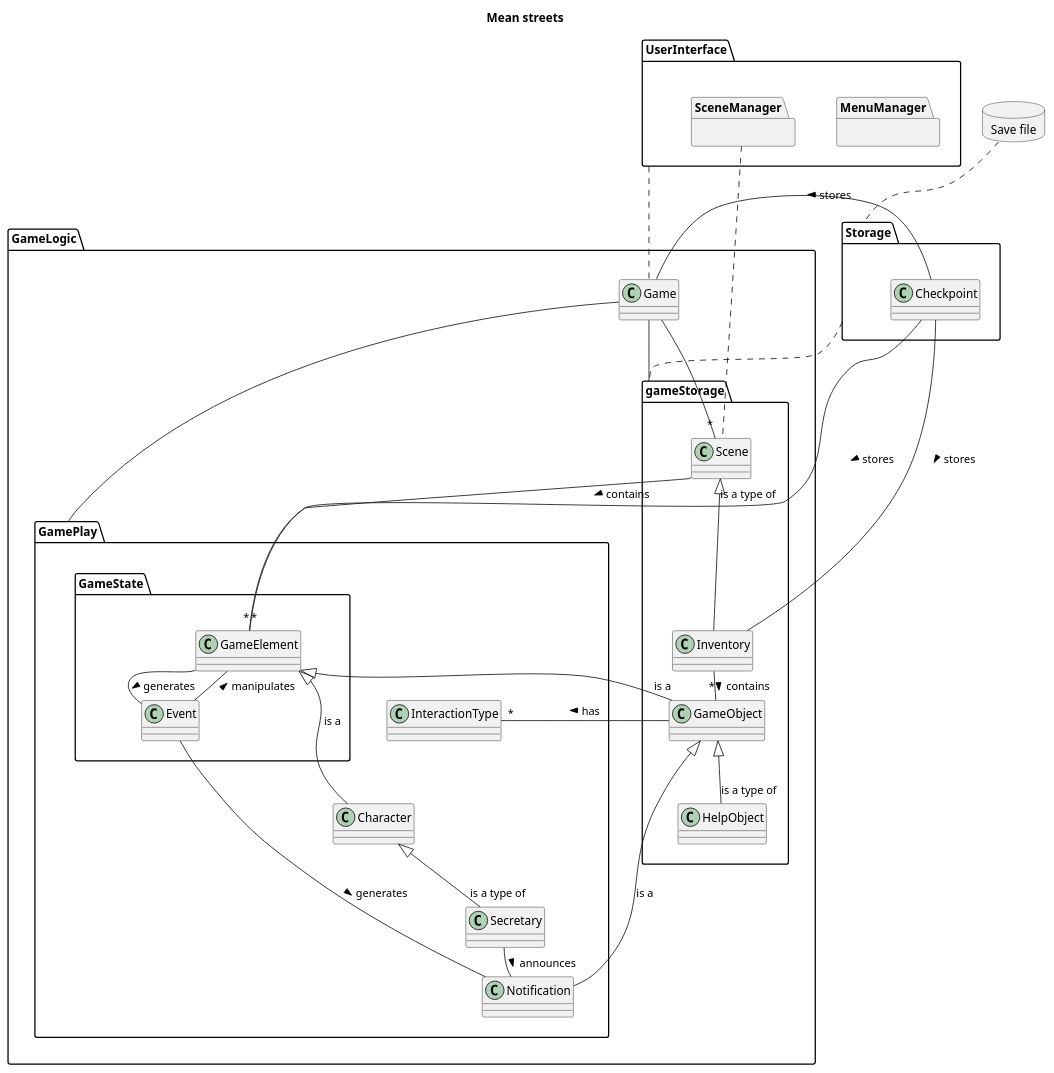
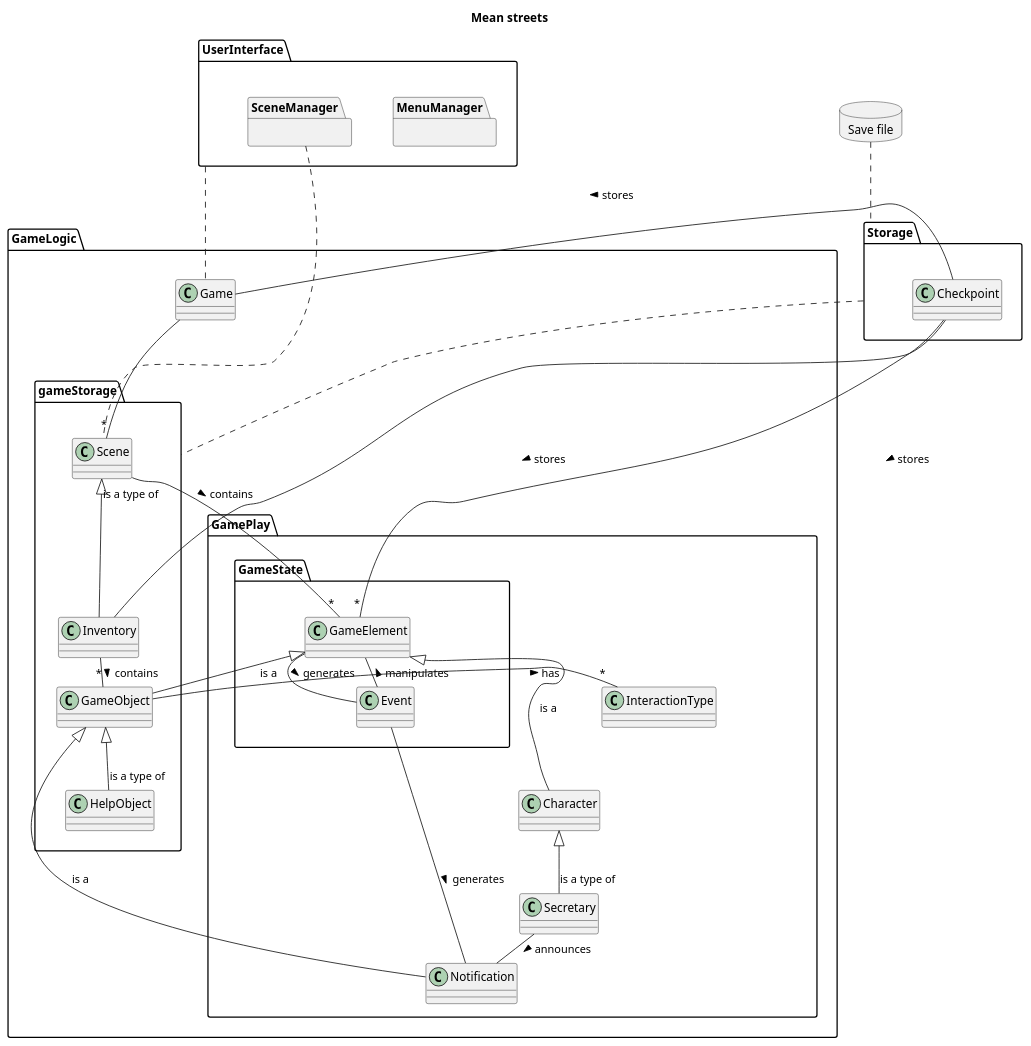
Before and after one commit to NoahHakansson/SE-PA1460: the diagram in architectDiagram.pu, drawn with PlantUML.

Commit message:
some text

```diff
--- a/architectDiagram.pu
+++ b/architectDiagram.pu
@@ -1,73 +1,73 @@
 @startuml
 
 skinparam nodesep 50
 skinparam ranksep 10
 
 title Mean streets
 top to bottom direction
 database "Save file" {
 }
 package UserInterface {
     package MenuManager {}
     package SceneManager {}
 }
 
 package GameLogic {
     class Game
     package gameStorage {
         class Inventory
         class GameObject
         class HelpObject
         class Scene
     }
 
 
     package GamePlay {
         class InteractionType
         class Secretary
         class Character
         class Notification
         package GameState {
             class GameElement
             class Event
         }
     }
 }
 
 package Storage {
     class Checkpoint
 }
 
 "Save file".. Storage
 UserInterface .. Game
 SceneManager .. Scene
 Storage . gameStorage
 
 
 InteractionType -[hidden]up- GameState
 Character -[hidden]up- GameState
 Secretary -[hidden]up- GameState
 Notification -[hidden]up- GameState
 InteractionType -[hidden]down- Character
 
-Game - gameStorage
-Game - GamePlay
+'Game - gameStorage
+'Game - GamePlay
 
 Game -- "*" Scene
 Checkpoint -- "*" GameElement : stores >
 Checkpoint -- Inventory : stores >
 Checkpoint - Game : stores >
 Character <|-- Secretary : is a type of
 GameElement <|-- GameObject : is a
 GameElement <|-- Character : is a
 Scene - "*" GameElement : contains >
 Scene <|-- Inventory : is a type of
 Inventory -- "*" GameObject : contains >
 GameElement -- Event : generates >
 Event -- Notification : generates >
 Event -- GameElement : manipulates >
 Secretary -- Notification : announces >
 GameObject <|-- HelpObject : is a type of
 GameObject <|-- Notification : is a
 GameObject -- "*" InteractionType : has >
 @enduml
```
